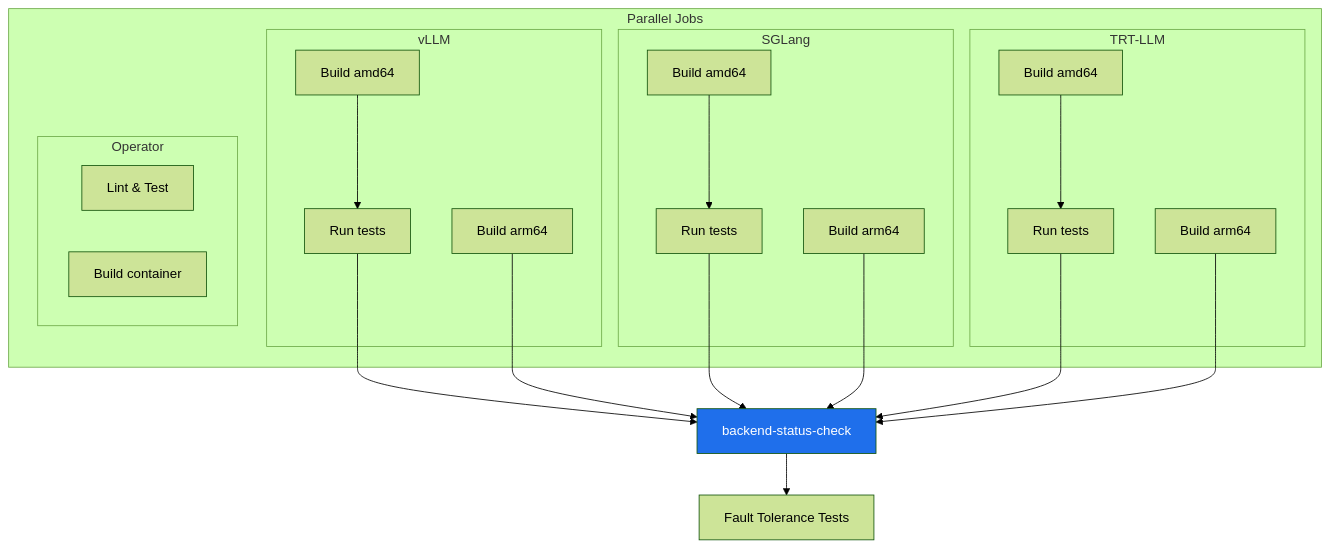
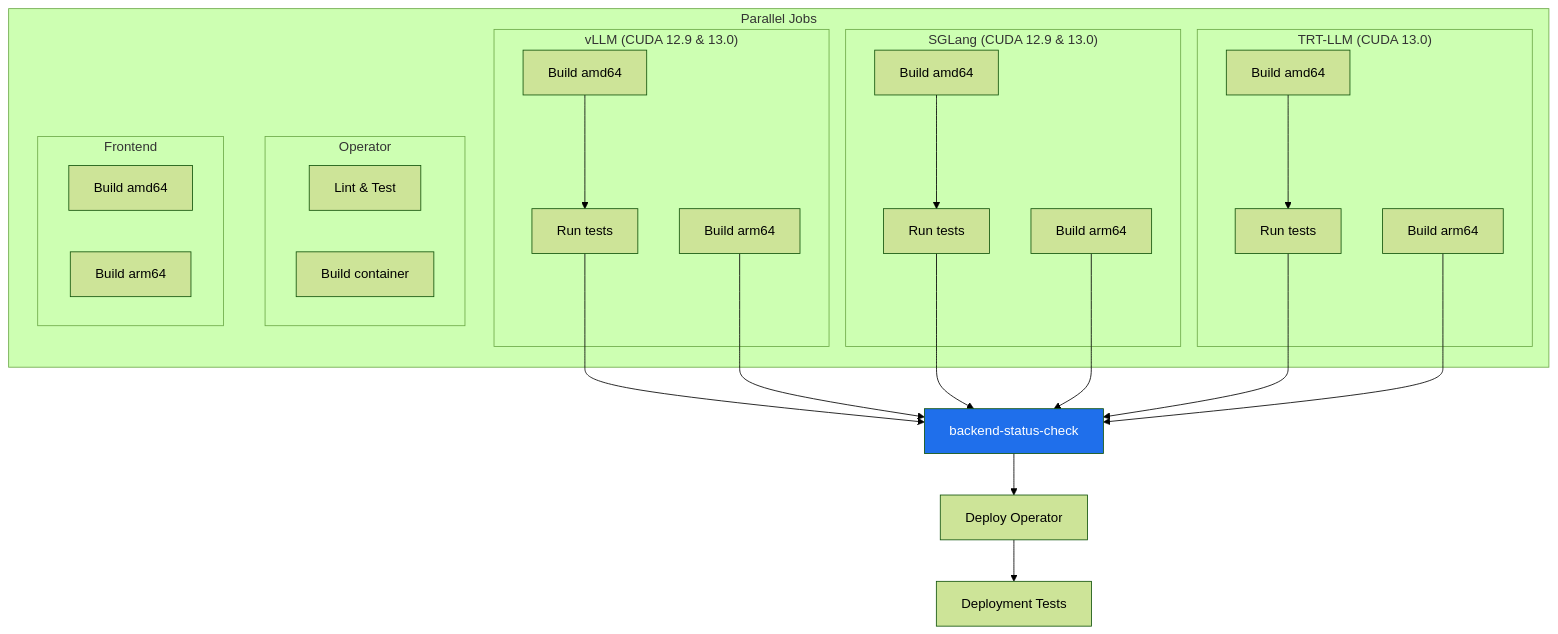
One commit to ai-dynamo/dynamo changed the fourth of 5 diagrams in .github/PR_WORKFLOW.md. Above: the diagram before and after it, drawn with Mermaid (forest theme). The commit also changed other lines of this file and 3 other files, not shown here.

````diff
--- a/.github/PR_WORKFLOW.md
+++ b/.github/PR_WORKFLOW.md
@@ -90,29 +106,35 @@
 ```mermaid
 flowchart TD
     subgraph Parallel["Parallel Jobs"]
-        subgraph vLLM["vLLM"]
+        subgraph vLLM["vLLM (CUDA 12.9 & 13.0)"]
             V1[Build amd64] --> V2[Run tests]
             V3[Build arm64]
         end
 
-        subgraph SGLang["SGLang"]
+        subgraph SGLang["SGLang (CUDA 12.9 & 13.0)"]
             S1[Build amd64] --> S2[Run tests]
             S3[Build arm64]
         end
 
-        subgraph TRT["TRT-LLM"]
+        subgraph TRT["TRT-LLM (CUDA 13.0)"]
             T1[Build amd64] --> T2[Run tests]
             T3[Build arm64]
         end
 
         subgraph Operator["Operator"]
             O1[Lint & Test]
             O2[Build container]
         end
+        
+        subgraph Frontend["Frontend"]
+            F1[Build amd64]
+            F2[Build arm64]
+        end
     end
 
     V2 & V3 & S2 & S3 & T2 & T3 --> Check[backend-status-check]
-    Check --> FT[Fault Tolerance Tests]
+    Check --> Deploy[Deploy Operator]
+    Deploy --> DT[Deployment Tests]
 
     style Check fill:#1f6feb,color:#fff
 ```
````
